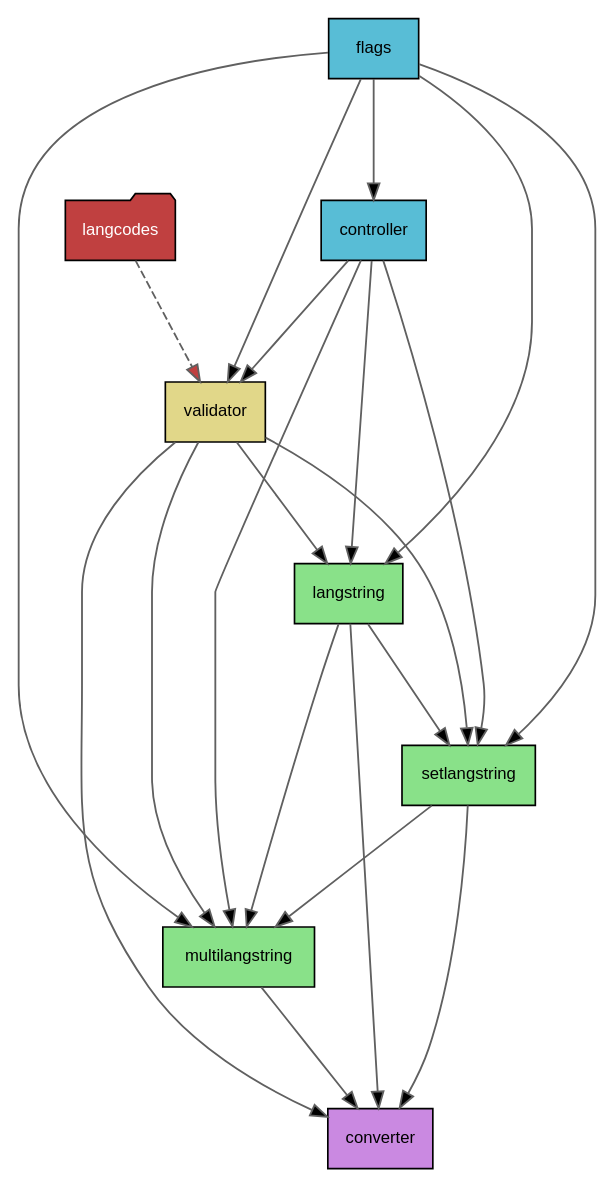
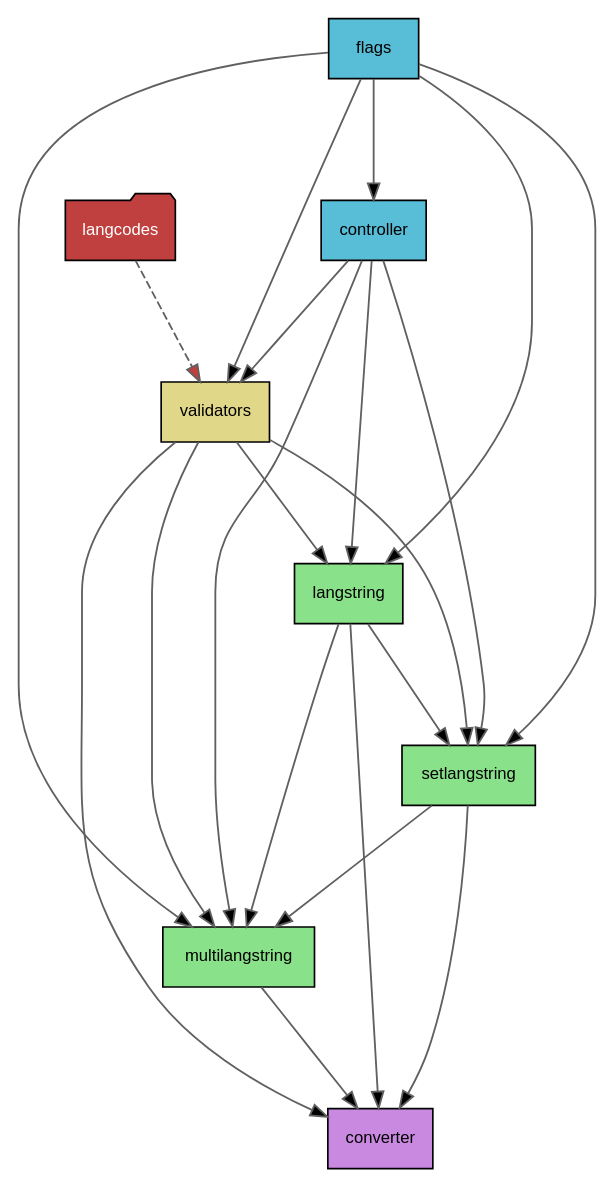
One commit to pedropaulofb/langstring changed the diagram in documentation/import_schema_simplified.dot. Above: the diagram before and after it, drawn with Graphviz. The commit also changed 23 other files, not shown here.

Commit message:
All mypy issues solved for validators and langstring.

```diff
--- a/documentation/import_schema_simplified.dot
+++ b/documentation/import_schema_simplified.dot
@@ -1,49 +1,49 @@
 digraph G {
     concentrate = false;
     rankdir = TB;
     splines = true;
     node [style=filled,fillcolor="#ffffff",fontcolor="#000000",fontname=Helvetica,fontsize=10,shape=box];
     edge [color="#606060", penwidth=1.1, arrowsize=1];
 
     // DEFINITION OF NODES
-    langstring_utils_validator [fillcolor="#E1D789",label="validator"];
+    langstring_utils_validators [fillcolor="#E1D789",label="validators"];
 
     langstring_controller [fillcolor="#58BDD6",label="controller"];
     langstring_flags [fillcolor="#58BDD6",label="flags"];
 
     langstring_langstring [fillcolor="#89E189",label="langstring"];
     langstring_setlangstring [fillcolor="#89E189",label="setlangstring"];
     langstring_multilangstring [fillcolor="#89E189",label="multilangstring"];
 
     langstring_converter [fillcolor="#CA89E1",label="converter"];
 
     langcodes [fillcolor="#c04040",fontcolor="#ffffff",shape="folder"];
 
     // DEFINITION OF EDGES
-    langcodes -> langstring_utils_validator [fillcolor="#c04040",style="dashed",minlen="2"];
+    langcodes -> langstring_utils_validators [fillcolor="#c04040",style="dashed",minlen="2"];
 
     langstring_controller -> langstring_langstring [fillcolor="#000000",minlen="2"];
     langstring_controller -> langstring_multilangstring [fillcolor="#000000",minlen="2"];
     langstring_controller -> langstring_setlangstring [fillcolor="#000000",minlen="2"];
-    langstring_controller -> langstring_utils_validator [fillcolor="#000000",minlen="2"];
+    langstring_controller -> langstring_utils_validators [fillcolor="#000000",minlen="2"];
 
     langstring_flags -> langstring_controller [fillcolor="#000000",minlen="2"];
     langstring_flags -> langstring_langstring [fillcolor="#000000",minlen="2"];
     langstring_flags -> langstring_multilangstring [fillcolor="#000000",minlen="2"];
     langstring_flags -> langstring_setlangstring [fillcolor="#000000",minlen="2"];
-    langstring_flags -> langstring_utils_validator [fillcolor="#000000",minlen="2"];
+    langstring_flags -> langstring_utils_validators [fillcolor="#000000",minlen="2"];
 
     langstring_langstring -> langstring_converter [fillcolor="#000000",minlen="2"];
     langstring_langstring -> langstring_multilangstring [fillcolor="#000000",minlen="2"];
     langstring_langstring -> langstring_setlangstring [fillcolor="#000000",minlen="2"];
 
     langstring_multilangstring -> langstring_converter [fillcolor="#000000",minlen="2"];
 
     langstring_setlangstring -> langstring_converter [fillcolor="#000000",minlen="2"];
     langstring_setlangstring -> langstring_multilangstring [fillcolor="#000000",minlen="2"];
 
-    langstring_utils_validator -> langstring_converter [fillcolor="#000000",minlen="2"];
-    langstring_utils_validator -> langstring_langstring [fillcolor="#000000",minlen="2"];
-    langstring_utils_validator -> langstring_multilangstring [fillcolor="#000000",minlen="2"];
-    langstring_utils_validator -> langstring_setlangstring [fillcolor="#000000",minlen="2"];
+    langstring_utils_validators -> langstring_converter [fillcolor="#000000",minlen="2"];
+    langstring_utils_validators -> langstring_langstring [fillcolor="#000000",minlen="2"];
+    langstring_utils_validators -> langstring_multilangstring [fillcolor="#000000",minlen="2"];
+    langstring_utils_validators -> langstring_setlangstring [fillcolor="#000000",minlen="2"];
 }
```
